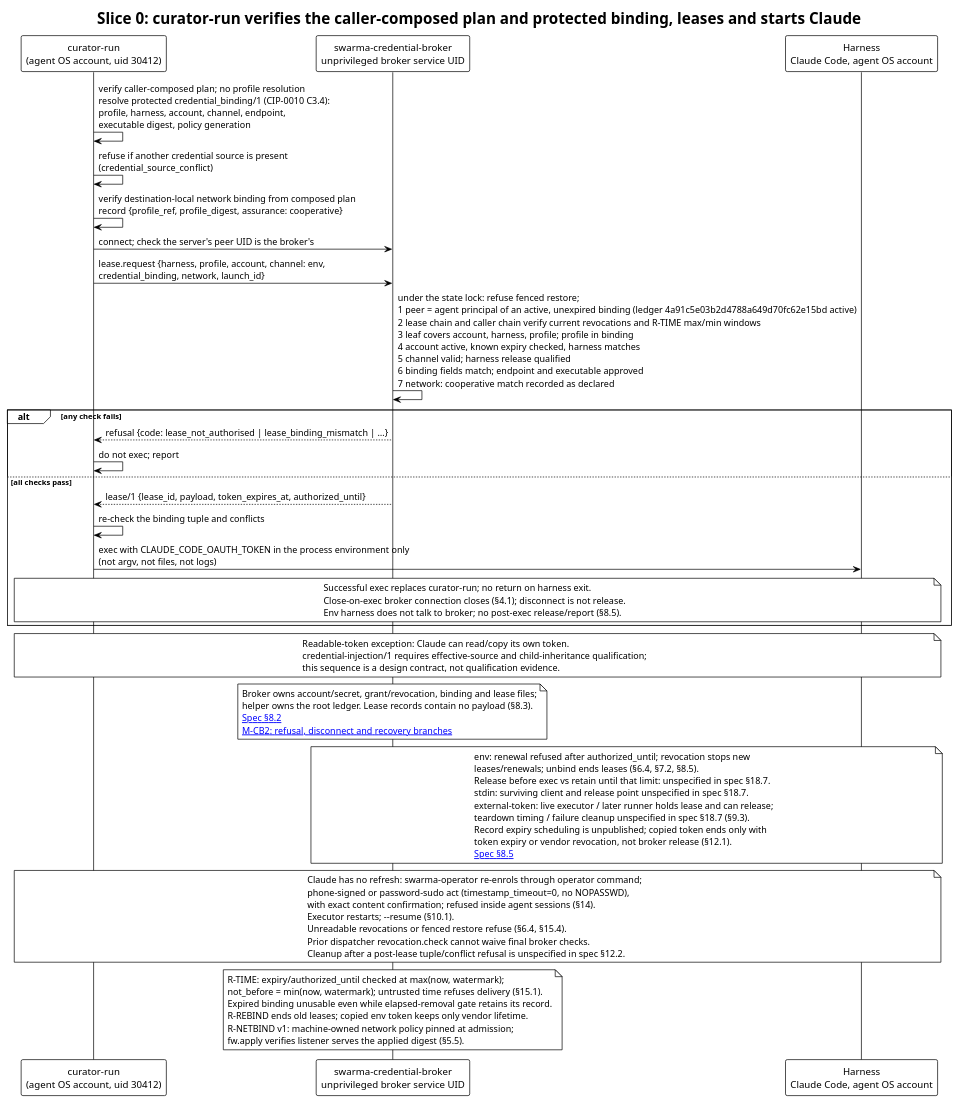
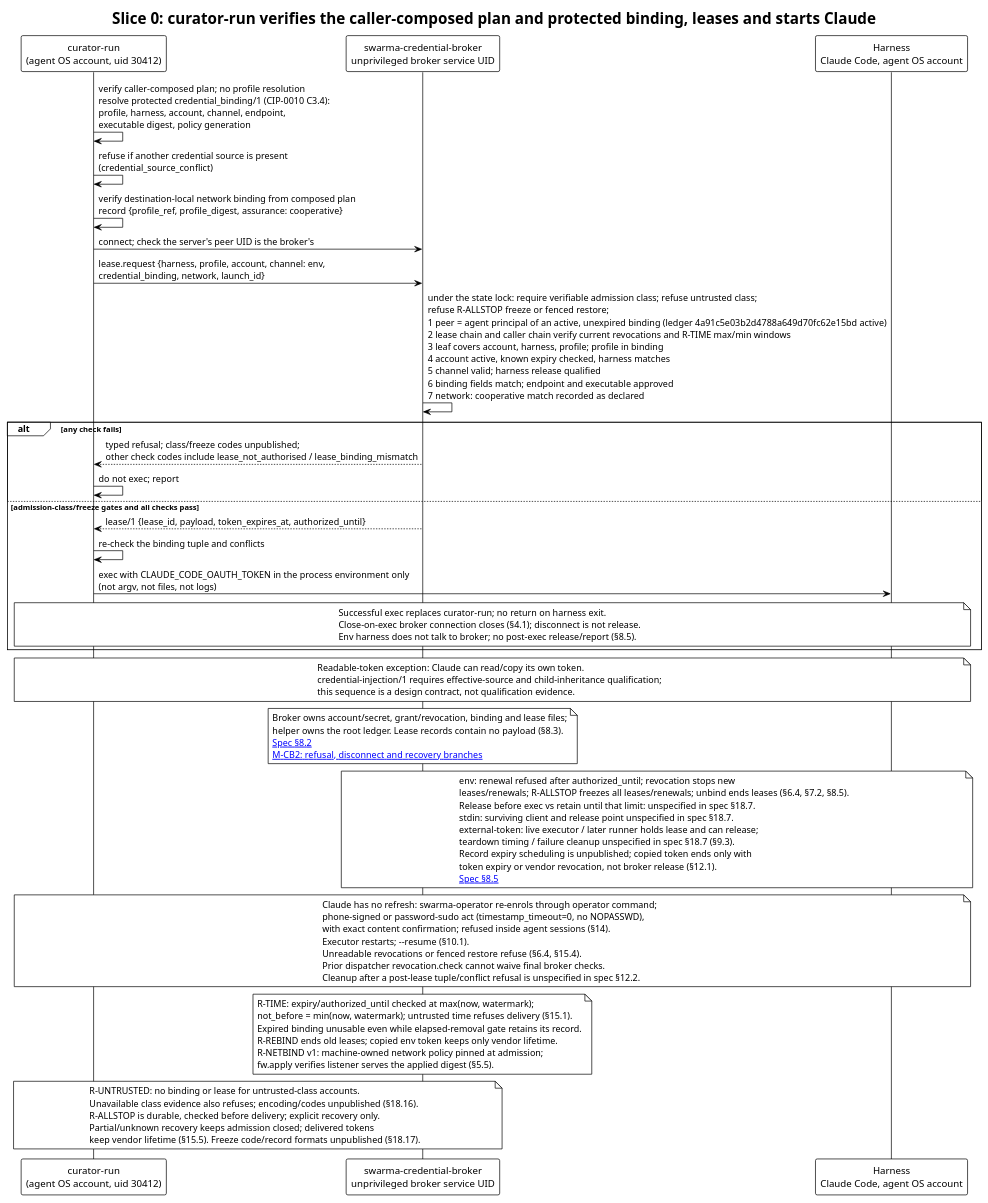
The diagram in diagrams/lease-at-launch.puml (relux-works/swarma-credential-broker), drawn with PlantUML before and after one commit. The commit also changed 10 other files, not shown here.

First line of the commit message:
Apply the wave-5 owner decisions to the broker spec: no leases for the untrusted class, node-wide freeze, web-tool key custody question (TASK-261013-1v19zi)

```diff
--- a/diagrams/lease-at-launch.puml
+++ b/diagrams/lease-at-launch.puml
@@ -1,63 +1,70 @@
 @startuml lease-at-launch
 !theme plain
 title Slice 0: curator-run verifies the caller-composed plan and protected binding, leases and starts Claude
 
 participant "curator-run\n(agent OS account, uid 30412)" as E
 participant "swarma-credential-broker\nunprivileged broker service UID" as B
 participant "Harness\nClaude Code, agent OS account" as H
 
 E -> E: verify caller-composed plan; no profile resolution\nresolve protected credential_binding/1 (CIP-0010 C3.4):\nprofile, harness, account, channel, endpoint,\nexecutable digest, policy generation
 E -> E: refuse if another credential source is present\n(credential_source_conflict)
 E -> E: verify destination-local network binding from composed plan\nrecord {profile_ref, profile_digest, assurance: cooperative}
 E -> B: connect; check the server's peer UID is the broker's
 E -> B: lease.request {harness, profile, account, channel: env,\ncredential_binding, network, launch_id}
-B -> B: under the state lock: refuse fenced restore;\n1 peer = agent principal of an active, unexpired binding (ledger 4a91c5e03b2d4788a649d70fc62e15bd active)\n2 lease chain and caller chain verify current revocations and R-TIME max/min windows\n3 leaf covers account, harness, profile; profile in binding\n4 account active, known expiry checked, harness matches\n5 channel valid; harness release qualified\n6 binding fields match; endpoint and executable approved\n7 network: cooperative match recorded as declared
+B -> B: under the state lock: require verifiable admission class; refuse untrusted class;\nrefuse R-ALLSTOP freeze or fenced restore;\n1 peer = agent principal of an active, unexpired binding (ledger 4a91c5e03b2d4788a649d70fc62e15bd active)\n2 lease chain and caller chain verify current revocations and R-TIME max/min windows\n3 leaf covers account, harness, profile; profile in binding\n4 account active, known expiry checked, harness matches\n5 channel valid; harness release qualified\n6 binding fields match; endpoint and executable approved\n7 network: cooperative match recorded as declared
 alt any check fails
-  B --> E: refusal {code: lease_not_authorised | lease_binding_mismatch | …}
+  B --> E: typed refusal; class/freeze codes unpublished;\nother check codes include lease_not_authorised / lease_binding_mismatch
   E -> E: do not exec; report
-else all checks pass
+else admission-class/freeze gates and all checks pass
   B --> E: lease/1 {lease_id, payload, token_expires_at, authorized_until}
   E -> E: re-check the binding tuple and conflicts
   E -> H: exec with CLAUDE_CODE_OAUTH_TOKEN in the process environment only\n(not argv, not files, not logs)
   note over E,H
     Successful exec replaces curator-run; no return on harness exit.
     Close-on-exec broker connection closes (§4.1); disconnect is not release.
     Env harness does not talk to broker; no post-exec release/report (§8.5).
   end note
 end
 note over E,H: Readable-token exception: Claude can read/copy its own token.\ncredential-injection/1 requires effective-source and child-inheritance qualification;\nthis sequence is a design contract, not qualification evidence.
 note over B
   Broker owns account/secret, grant/revocation, binding and lease files;
   helper owns the root ledger. Lease records contain no payload (§8.3).
   [[../spec/broker.md#82-checks-in-order Spec §8.2]]
   [[lease-recovery.puml M-CB2: refusal, disconnect and recovery branches]]
 end note
 note over B,H
   env: renewal refused after authorized_until; revocation stops new
-  leases/renewals; unbind ends leases (§6.4, §7.2, §8.5).
+  leases/renewals; R-ALLSTOP freezes all leases/renewals; unbind ends leases (§6.4, §7.2, §8.5).
   Release before exec vs retain until that limit: unspecified in spec §18.7.
   stdin: surviving client and release point unspecified in spec §18.7.
   external-token: live executor / later runner holds lease and can release;
   teardown timing / failure cleanup unspecified in spec §18.7 (§9.3).
   Record expiry scheduling is unpublished; copied token ends only with
   token expiry or vendor revocation, not broker release (§12.1).
   [[../spec/broker.md#85-renewal-release-and-reports Spec §8.5]]
 end note
 note over E,H
   Claude has no refresh: swarma-operator re-enrols through operator command;
   phone-signed or password-sudo act (timestamp_timeout=0, no NOPASSWD),
   with exact content confirmation; refused inside agent sessions (§14).
   Executor restarts; --resume (§10.1).
   Unreadable revocations or fenced restore refuse (§6.4, §15.4).
   Prior dispatcher revocation.check cannot waive final broker checks.
   Cleanup after a post-lease tuple/conflict refusal is unspecified in spec §12.2.
 end note
 note over B
   R-TIME: expiry/authorized_until checked at max(now, watermark);
   not_before = min(now, watermark); untrusted time refuses delivery (§15.1).
   Expired binding unusable even while elapsed-removal gate retains its record.
   R-REBIND ends old leases; copied env token keeps only vendor lifetime.
   R-NETBIND v1: machine-owned network policy pinned at admission;
   fw.apply verifies listener serves the applied digest (§5.5).
 end note
+note over E,B
+  R-UNTRUSTED: no binding or lease for untrusted-class accounts.
+  Unavailable class evidence also refuses; encoding/codes unpublished (§18.16).
+  R-ALLSTOP is durable, checked before delivery; explicit recovery only.
+  Partial/unknown recovery keeps admission closed; delivered tokens
+  keep vendor lifetime (§15.5). Freeze code/record formats unpublished (§18.17).
+end note
 @enduml
```
